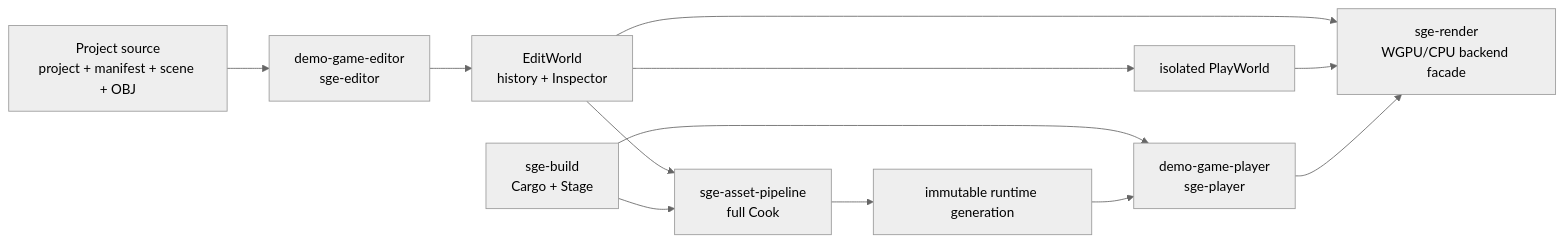
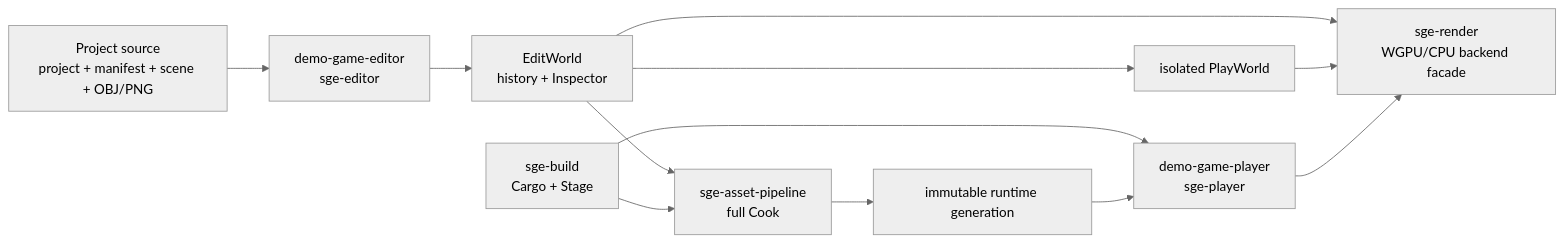
Before and after one commit to MRNIU/SimpleGameEngine: the first of 2 diagrams in docs/architecture/overview.md, drawn with Mermaid (neutral theme). The commit also changed other lines of this file and 69 other files, not shown here.

````diff
--- a/docs/architecture/overview.md
+++ b/docs/architecture/overview.md
@@ -16,23 +16,23 @@
 ```mermaid
 flowchart LR
-    Source["Project source<br/>project + manifest + scene + OBJ"]
+    Source["Project source<br/>project + manifest + scene + OBJ/PNG"]
     Editor["demo-game-editor<br/>sge-editor"]
     Edit["EditWorld<br/>history + Inspector"]
     Play["isolated PlayWorld"]
     Cook["sge-asset-pipeline<br/>full Cook"]
     Build["sge-build<br/>Cargo + Stage"]
     Runtime["immutable runtime generation"]
     Player["demo-game-player<br/>sge-player"]
     Render["sge-render<br/>WGPU/CPU backend facade"]
 
     Source --> Editor --> Edit
     Edit --> Play
     Edit --> Cook
     Cook --> Runtime
     Build --> Cook
     Build --> Player
     Runtime --> Player
     Edit --> Render
     Play --> Render
     Player --> Render
 ```
````
